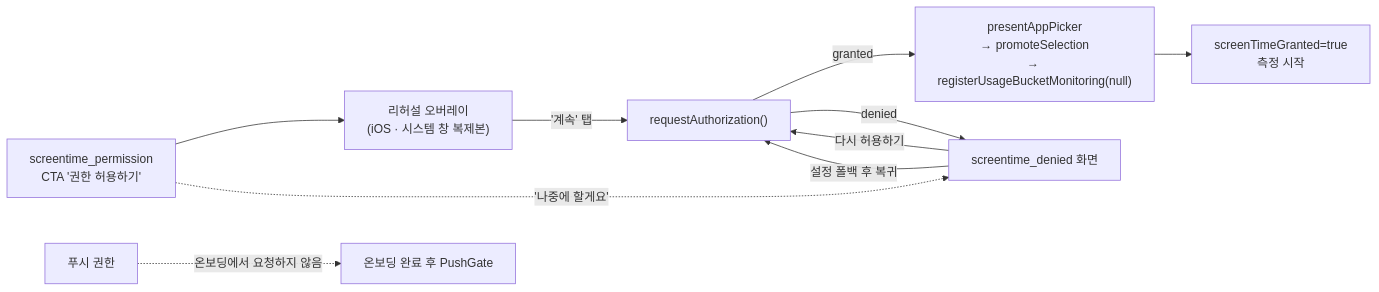
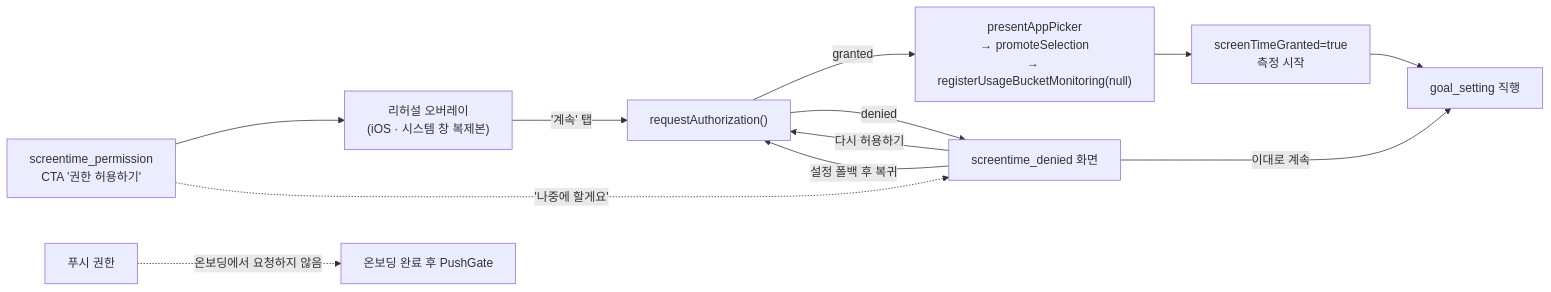
Before and after one commit to OneOrThree/phone: the third of 4 diagrams in docs/prd/onboarding/information-architecture.md, drawn with Mermaid. The commit also changed other lines of this file and 6 other files, not shown here.

````diff
--- a/docs/prd/onboarding/information-architecture.md
+++ b/docs/prd/onboarding/information-architecture.md
@@ -99,12 +98,14 @@
 ```mermaid
 flowchart LR
     P["screentime_permission<br/>CTA '권한 허용하기'"] --> OV["리허설 오버레이<br/>(iOS · 시스템 창 복제본)"]
     OV -->|"'계속' 탭"| REQ["requestAuthorization()"]
     REQ -->|granted| PICK["presentAppPicker<br/>→ promoteSelection<br/>→ registerUsageBucketMonitoring(null)"]
     REQ -->|denied| DEN["screentime_denied 화면"]
     P -.->|"'나중에 할게요'"| DEN
     DEN -->|"다시 허용하기"| REQ
     DEN -->|"설정 폴백 후 복귀"| REQ
     PICK --> DONE["screenTimeGranted=true<br/>측정 시작"]
+    DONE --> GOAL["goal_setting 직행"]
+    DEN -->|"이대로 계속"| GOAL
     PUSH["푸시 권한"] -.->|"온보딩에서 요청하지 않음"| AFTER["온보딩 완료 후 PushGate"]
 ```
````
